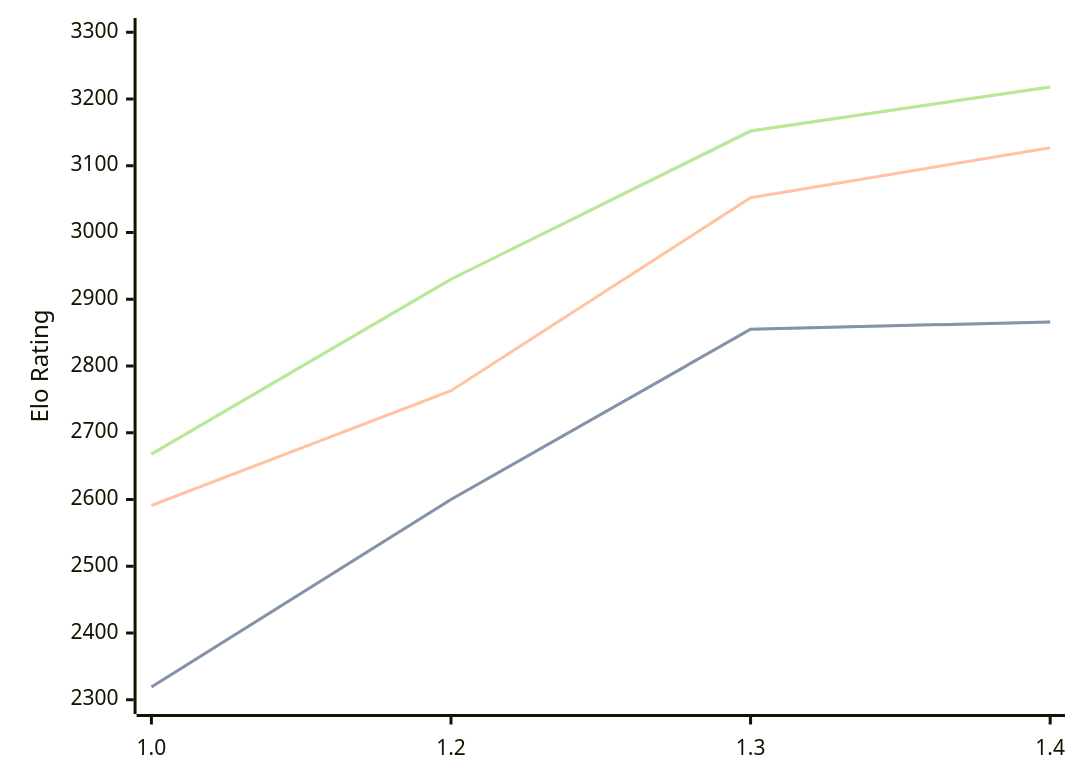
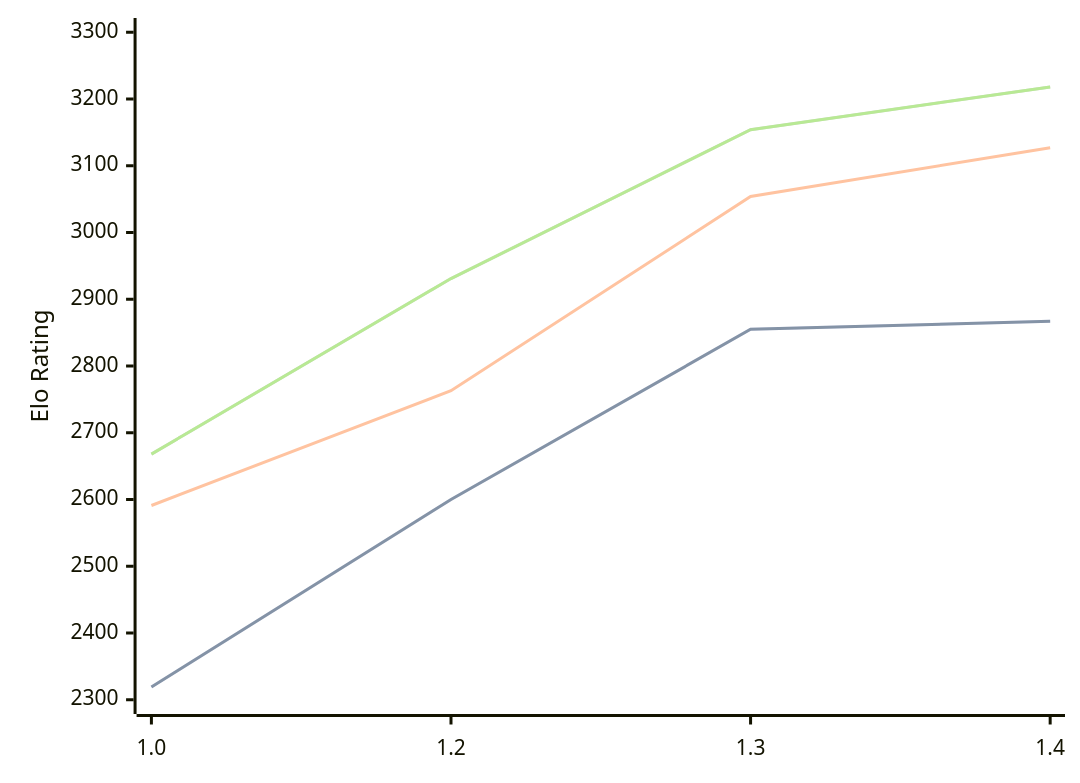
Before and after one commit to computer-chess-index/cci: the diagram in engines/Chessnix.md, drawn with Mermaid. The commit also changed other lines of this file, not shown here.

Commit message:
Update CCI Ratings (ELO VLTC) - 2026-05-21

````diff
--- a/engines/Chessnix.md
+++ b/engines/Chessnix.md
@@ -36,11 +36,11 @@
 ```mermaid
 %%{init: {"theme":"base","themeVariables":{"seriesColors:['#a3a3a3','#222221','#faa371']}}}%%
 xychart-beta
   x-axis ["1.0", "1.2", "1.3", "1.4"]
   y-axis "Elo Rating" 2300 --> 3300
-  line "STC (8.0+0.08s)" [2319, 2600, 2855, 2866]
-  line "STC (8.0+0.08s)" [2319, 2600, 2855, 2866]
-  line "LTC (60.0+0.60s)" [2591, 2763, 3052, 3127]
-  line "VLTC (2m24s+1.12s)" [2668, 2930, 3152, 3218]
-  line "VLTC (2m24s+1.12s)" [2668, 2930, 3152, 3218]
+  line "STC (8.0+0.08s)" [2319, 2600, 2855, 2867]
+  line "STC (8.0+0.08s)" [2319, 2600, 2855, 2867]
+  line "LTC (60.0+0.60s)" [2591, 2763, 3054, 3127]
+  line "VLTC (2m24s+1.12s)" [2668, 2931, 3154, 3218]
+  line "VLTC (2m24s+1.12s)" [2668, 2931, 3154, 3218]
 ```
````
